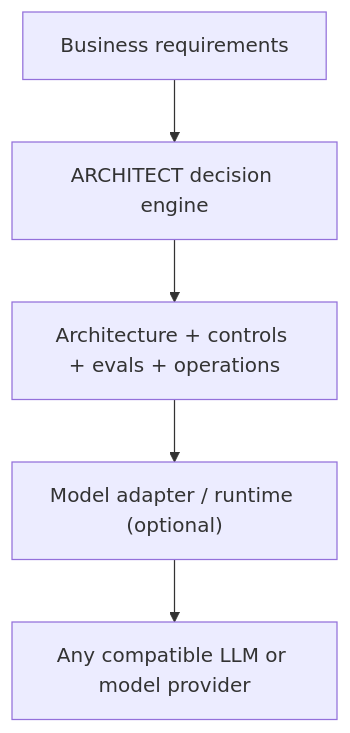
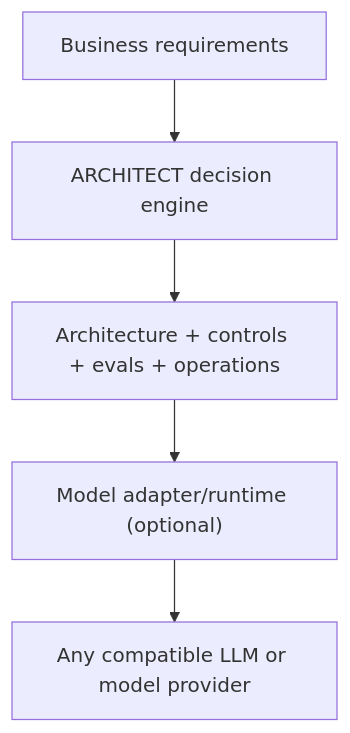
Before and after one commit to brunovicco/architect-ai-framework: the first of 2 diagrams in README.md, drawn with Mermaid. The commit also changed other lines of this file and 26 other files, not shown here.

First line of the commit message:
Rename package to architect, add Google-style docstrings, remove decorative emojis

````diff
--- a/README.md
+++ b/README.md
@@ -54,7 +54,7 @@
 ```mermaid
 flowchart TD
     A[Business requirements] --> B[ARCHITECT decision engine]
     B --> C[Architecture + controls + evals + operations]
-    C --> D["Model adapter / runtime (optional)"]
+    C --> D["Model adapter/runtime (optional)"]
     D --> E[Any compatible LLM or model provider]
 ```
````
